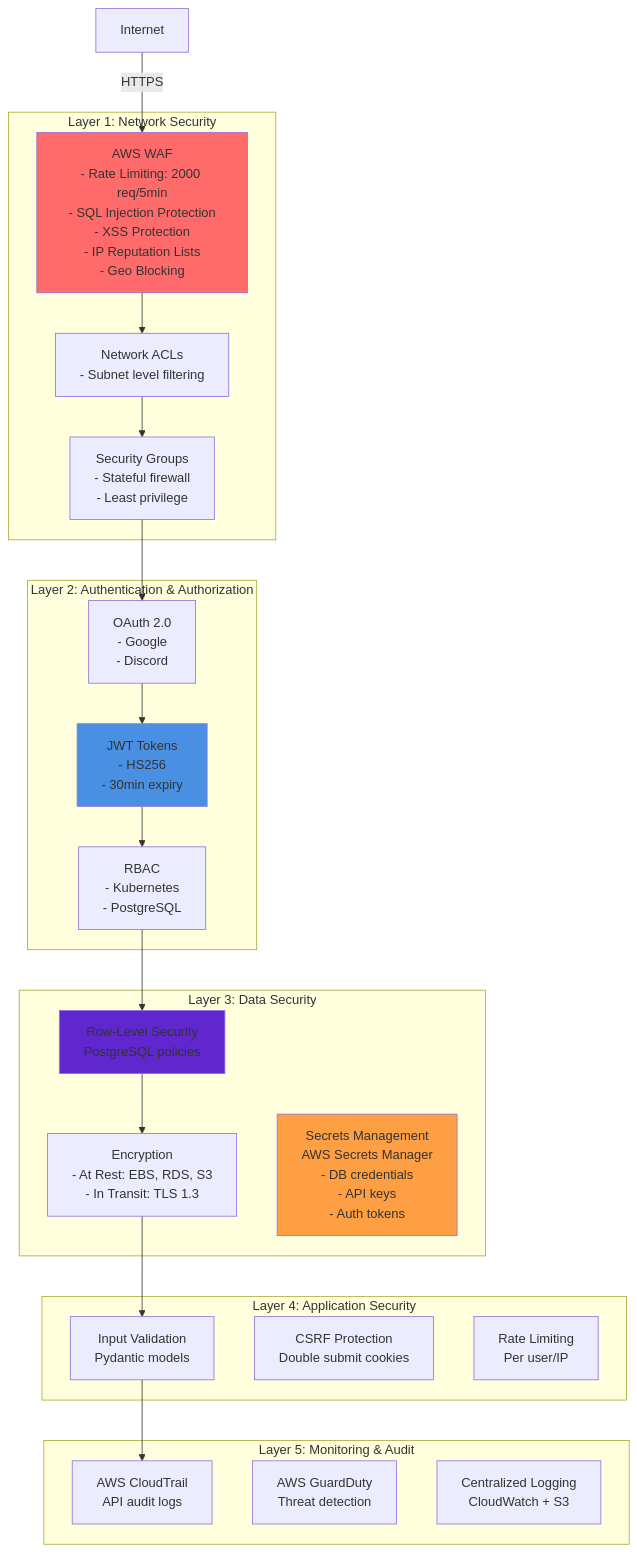
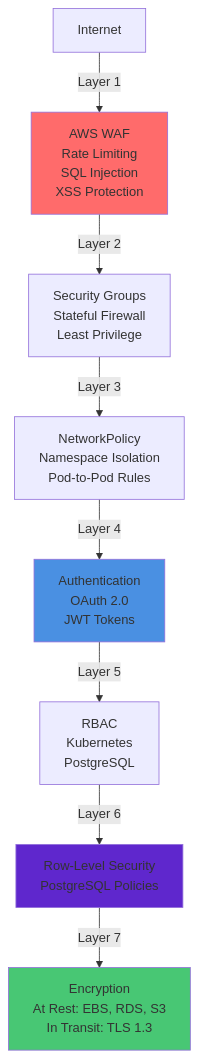
One commit to Pinksea-AI/InvokeAI changed diagram 12 of 15 in docs/final-architecture/01-aws-architecture-diagram.md. Above: the diagram before and after it, drawn with Mermaid. The commit also changed other lines of this file, not shown here.

First line of the commit message:
fix: Simplify Mermaid diagrams in AWS architecture document

````diff
--- a/docs/final-architecture/01-aws-architecture-diagram.md
+++ b/docs/final-architecture/01-aws-architecture-diagram.md
@@ -813,58 +648,21 @@
 ```mermaid
 graph TB
-    subgraph "Layer 1: Network Security"
-        WAF[AWS WAF<br/>- Rate Limiting: 2000 req/5min<br/>- SQL Injection Protection<br/>- XSS Protection<br/>- IP Reputation Lists<br/>- Geo Blocking]
+    Internet[Internet] -->|Layer 1| WAF[AWS WAF<br/>Rate Limiting<br/>SQL Injection<br/>XSS Protection]
 
-        NACL[Network ACLs<br/>- Subnet level filtering]
+    WAF -->|Layer 2| SG[Security Groups<br/>Stateful Firewall<br/>Least Privilege]
 
-        SG[Security Groups<br/>- Stateful firewall<br/>- Least privilege]
-    end
+    SG -->|Layer 3| NP[NetworkPolicy<br/>Namespace Isolation<br/>Pod-to-Pod Rules]
 
-    subgraph "Layer 2: Authentication & Authorization"
-        OAuth[OAuth 2.0<br/>- Google<br/>- Discord]
+    NP -->|Layer 4| Auth[Authentication<br/>OAuth 2.0<br/>JWT Tokens]
 
-        JWT[JWT Tokens<br/>- HS256<br/>- 30min expiry]
+    Auth -->|Layer 5| RBAC[RBAC<br/>Kubernetes<br/>PostgreSQL]
 
-        RBAC[RBAC<br/>- Kubernetes<br/>- PostgreSQL]
-    end
+    RBAC -->|Layer 6| RLS[Row-Level Security<br/>PostgreSQL Policies]
 
-    subgraph "Layer 3: Data Security"
-        RLS[Row-Level Security<br/>PostgreSQL policies]
-
-        Encryption[Encryption<br/>- At Rest: EBS, RDS, S3<br/>- In Transit: TLS 1.3]
-
-        Secrets[Secrets Management<br/>AWS Secrets Manager<br/>- DB credentials<br/>- API keys<br/>- Auth tokens]
-    end
-
-    subgraph "Layer 4: Application Security"
-        InputVal[Input Validation<br/>Pydantic models]
-
-        CSRF[CSRF Protection<br/>Double submit cookies]
-
-        RateLimit[Rate Limiting<br/>Per user/IP]
-    end
-
-    subgraph "Layer 5: Monitoring & Audit"
-        CloudTrail[AWS CloudTrail<br/>API audit logs]
-
-        GuardDuty[AWS GuardDuty<br/>Threat detection]
-
-        Logs[Centralized Logging<br/>CloudWatch + S3]
-    end
-
-    Internet -->|HTTPS| WAF
-    WAF --> NACL
-    NACL --> SG
-    SG --> OAuth
-    OAuth --> JWT
-    JWT --> RBAC
-    RBAC --> RLS
-    RLS --> Encryption
-    Encryption --> InputVal
-    InputVal --> CloudTrail
+    RLS -->|Layer 7| Encrypt[Encryption<br/>At Rest: EBS, RDS, S3<br/>In Transit: TLS 1.3]
 
     style WAF fill:#FF6B6B
-    style JWT fill:#4A90E2
+    style Auth fill:#4A90E2
     style RLS fill:#5F27CD
-    style Secrets fill:#FF9F43
+    style Encrypt fill:#48C774
 ```
````
